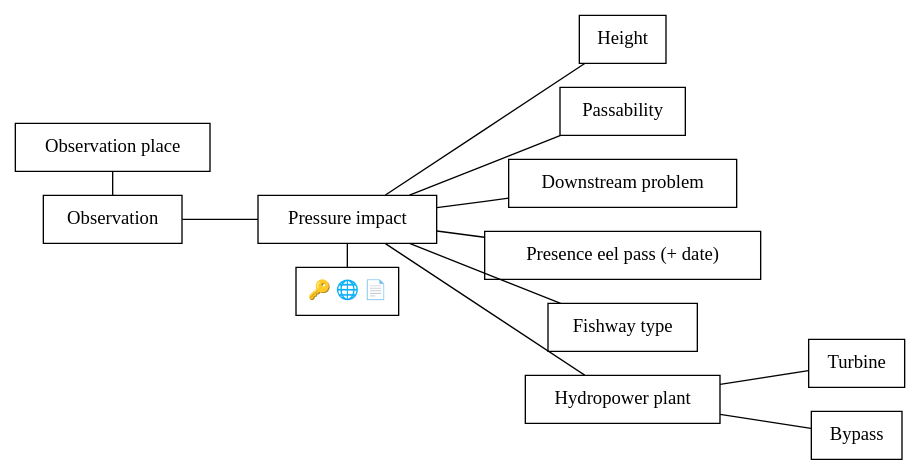
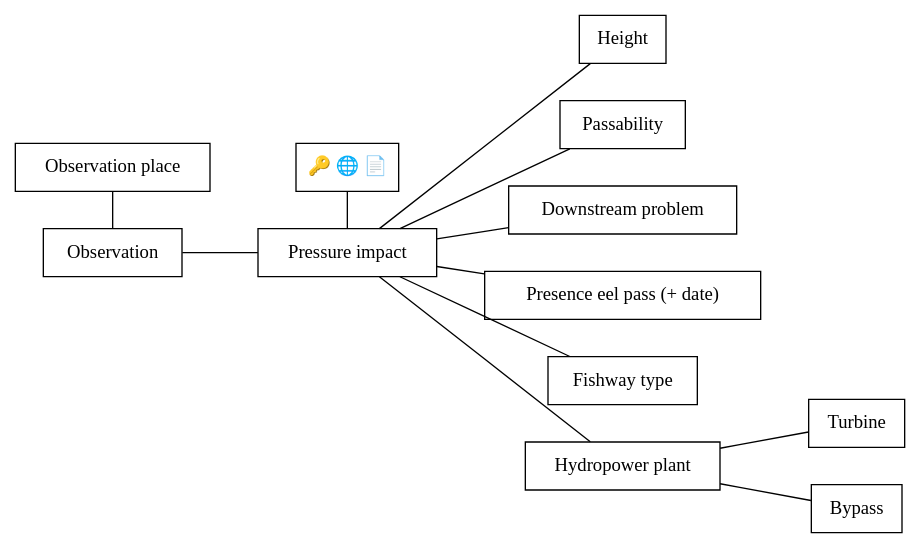
The third of 4 diagrams in R/diaspara_WP3_presentation.qmd (DIASPARAproject/WP3_migdb), drawn with Graphviz before and after one commit.

Commit message:
dev: some more work on diagrams

````diff
--- a/R/diaspara_WP3_presentation.qmd
+++ b/R/diaspara_WP3_presentation.qmd
@@ -238,38 +238,38 @@
 ```{dot}
 graph G{
   newrank=true;
   rankdir=LR;
   splines=false;
   outputorder=nodesfirst;
+  nodesep=0.39;
 
   A [label="Observation place",shape=box];
   B [label="Observation",shape=box];
   C [label="Pressure impact",shape=box];
   D [label="🔑 🌐 📄",shape=box];
   E [label="Height",shape=box];
   F [label="Passability",shape=box];
   G [label="Downstream problem",shape=box];
   I [label="Presence eel pass (+ date)",shape=box];
   H [label="Fishway type",shape=box];
   J [label="Hydropower plant",shape=box];
   K [label="Turbine",shape=box];
   L [label="Bypass",shape=box];
 
   {rank=same;A;B}
   {rank=same;D;C}
 
 
-
   A -- B
   B -- C
-  C -- D
+  D -- C
   C -- E
   C -- F
   C -- G
   C -- H
   C -- I
   C -- J
   J -- K
   J -- L
 }
 ```
````
